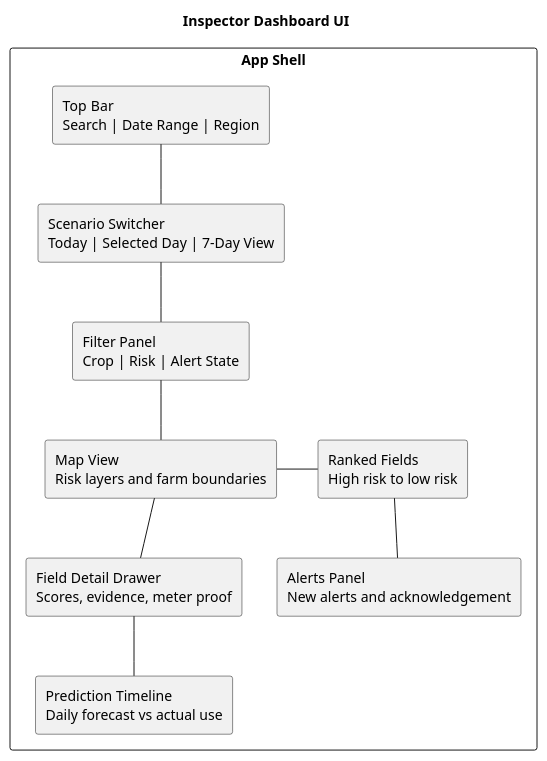
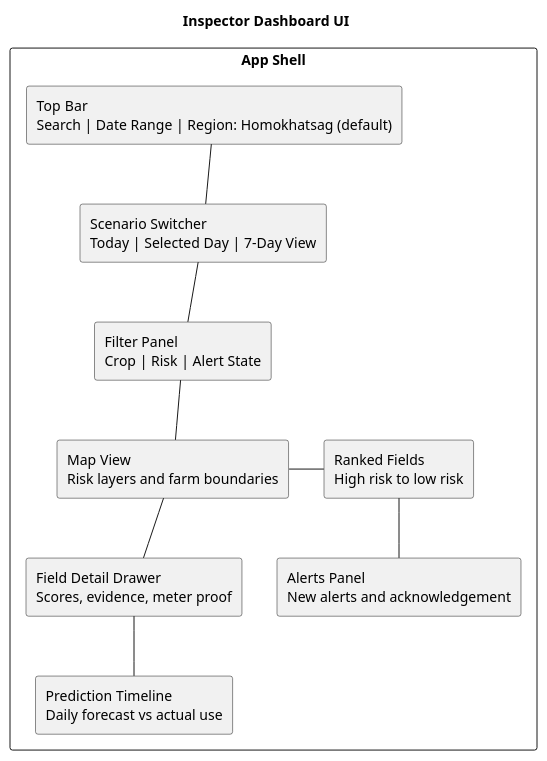
The diagram in design/ui-dashboard.puml (falafell99/HydroSentinel-CASSINI-2026), drawn with PlantUML before and after one commit. The commit also changed 2 other files, not shown here.

```diff
--- a/design/ui-dashboard.puml
+++ b/design/ui-dashboard.puml
@@ -1,23 +1,23 @@
 @startuml
 title Inspector Dashboard UI
 
 rectangle "App Shell" {
-	rectangle "Top Bar\nSearch | Date Range | Region" as TopBar
+	rectangle "Top Bar\nSearch | Date Range | Region: Homokhatsag (default)" as TopBar
 	rectangle "Scenario Switcher\nToday | Selected Day | 7-Day View" as ScenarioSwitcher
 	rectangle "Filter Panel\nCrop | Risk | Alert State" as Filters
 	rectangle "Map View\nRisk layers and farm boundaries" as MapView
 	rectangle "Ranked Fields\nHigh risk to low risk" as Ranking
 	rectangle "Field Detail Drawer\nScores, evidence, meter proof" as Details
 	rectangle "Prediction Timeline\nDaily forecast vs actual use" as Timeline
 	rectangle "Alerts Panel\nNew alerts and acknowledgement" as AlertsPanel
 }
 
 TopBar -down- ScenarioSwitcher
 ScenarioSwitcher -down- Filters
 Filters -down- MapView
 MapView -right- Ranking
 MapView -down- Details
 Details -down- Timeline
 Ranking -down- AlertsPanel
 
 @enduml
```
